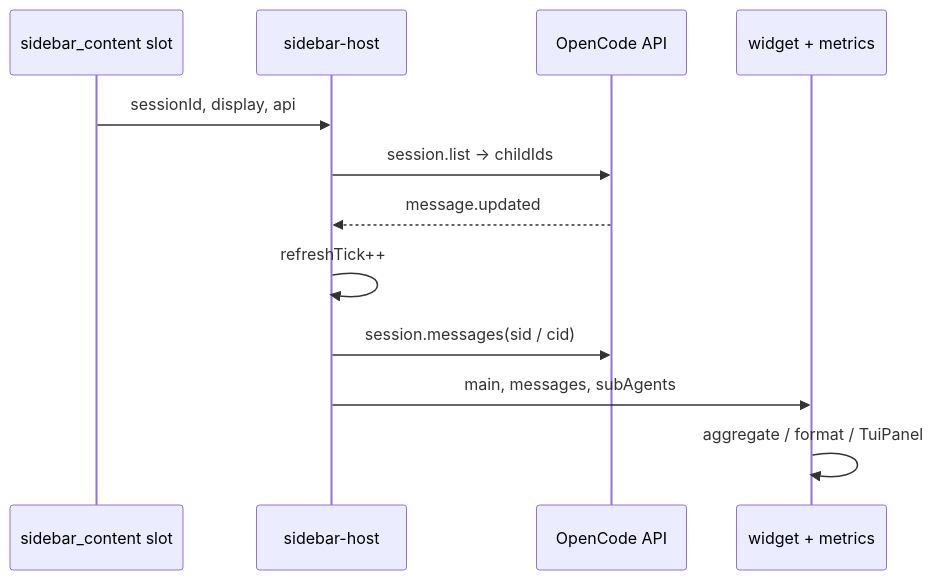
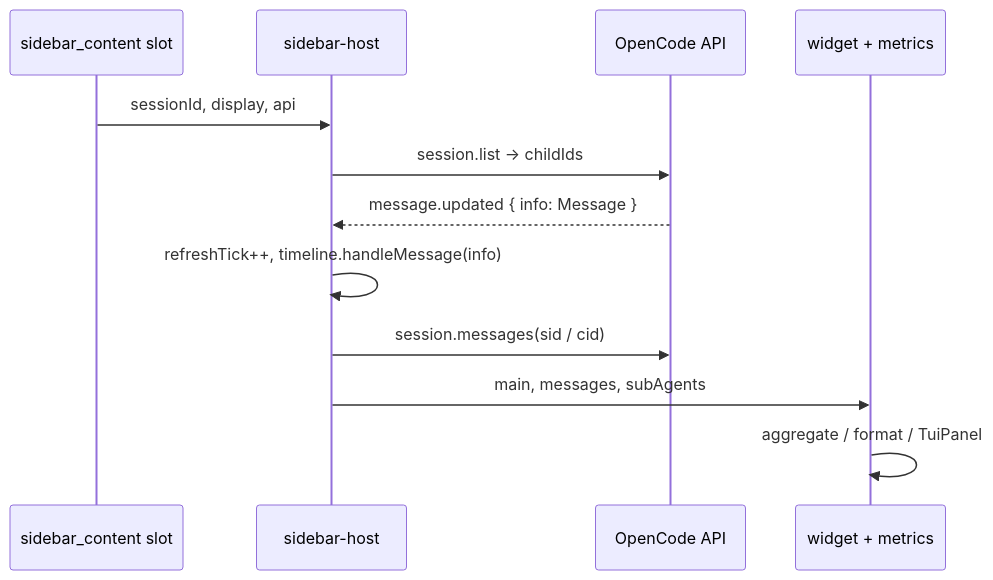
Before and after one commit to joaomj/opencode-cache-hit-plugin: the second of 4 diagrams in docs/en/design.md, drawn with Mermaid. The commit also changed 13 other files, not shown here.

First line of the commit message:
refactor: event-driven timeline collector, eliminate polling and dedup

````diff
--- a/docs/en/design.md
+++ b/docs/en/design.md
@@ -51,15 +51,15 @@
 ```mermaid
 sequenceDiagram
   participant Slot as sidebar_content slot
   participant Host as sidebar-host
   participant API as OpenCode API
   participant W as widget + metrics
 
   Slot->>Host: sessionId, display, api
   Host->>API: session.list → childIds
-  API-->>Host: message.updated
-  Host->>Host: refreshTick++
+  API-->>Host: message.updated { info: Message }
+  Host->>Host: refreshTick++, timeline.handleMessage(info)
   Host->>API: session.messages(sid / cid)
   Host->>W: main, messages, subAgents
   W->>W: aggregate / format / TuiPanel
 ```
````
